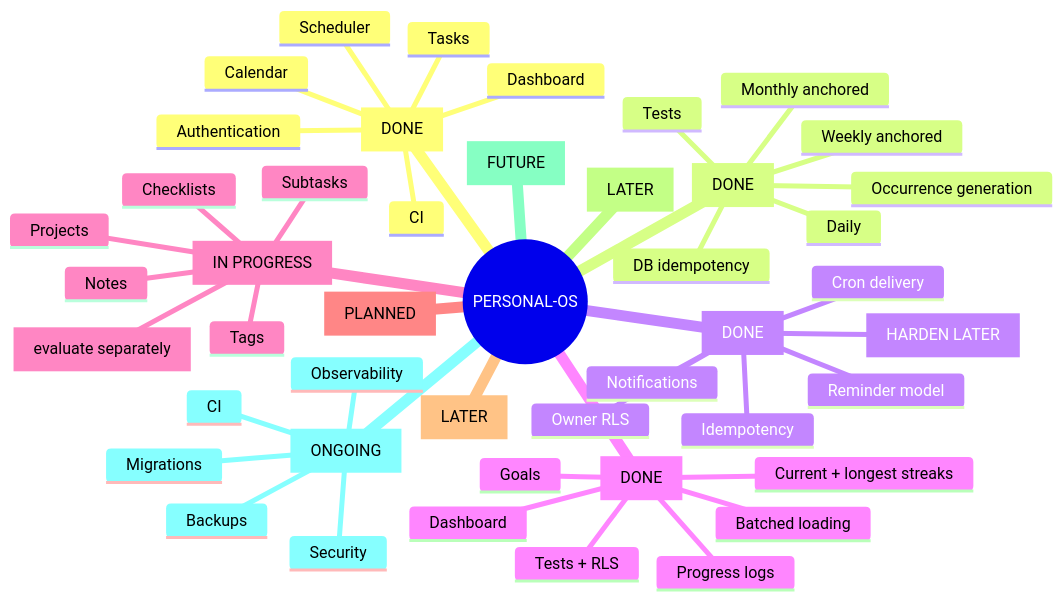
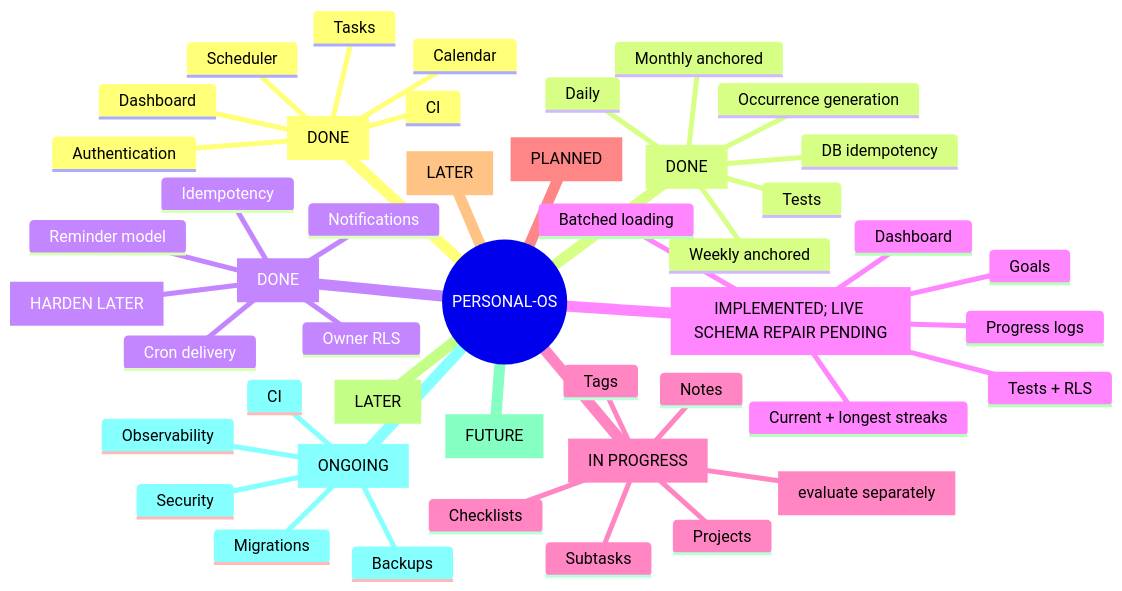
Before and after one commit to mohith-krishnaa/personal-os: the diagram in PROJECT_STATE.md, drawn with Mermaid. The commit also changed other lines of this file and 3 other files, not shown here.

Commit message:
docs: reconcile progress schema status and automation gate

````diff
--- a/PROJECT_STATE.md
+++ b/PROJECT_STATE.md
@@ -128,49 +130,49 @@
 ```mermaid
 mindmap
   root((PERSONAL-OS))
     Core Productivity [DONE]
       Authentication
       Dashboard
       Tasks
       Scheduler
       Calendar
       CI
     Recurring Tasks V1 [DONE]
       Daily
       Weekly anchored
       Monthly anchored
       Occurrence generation
       DB idempotency
       Tests
     Reminders V1 [DONE]
       Reminder model
       Owner RLS
       Cron delivery
       Notifications
       Idempotency
       Timezone/DST [HARDEN LATER]
-    Progress & Streaks V1 [DONE]
+    Progress & Streaks V1 [IMPLEMENTED; LIVE SCHEMA REPAIR PENDING]
       Goals
       Progress logs
       Current + longest streaks
       Dashboard
       Batched loading
       Tests + RLS
     Organization V1 [IN PROGRESS]
       Subtasks
       Checklists
       Projects
       Notes
       Tags
       Attachments [evaluate separately]
     Analytics [PLANNED]
     AI Assistant [LATER]
     Research Agent [LATER]
     Adaptive Scheduling [FUTURE]
     Production Hardening [ONGOING]
       Security
       CI
       Migrations
       Observability
       Backups
 ```
````
